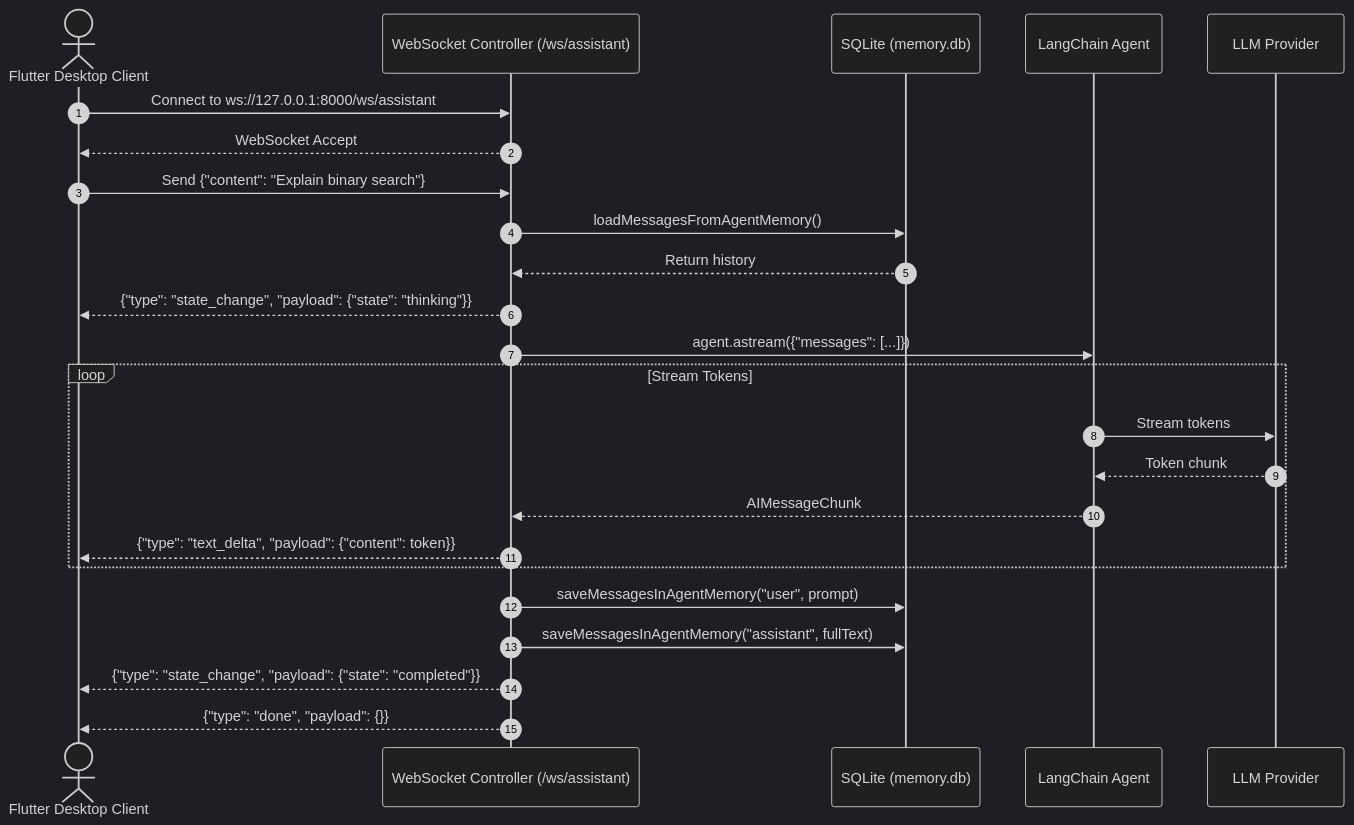
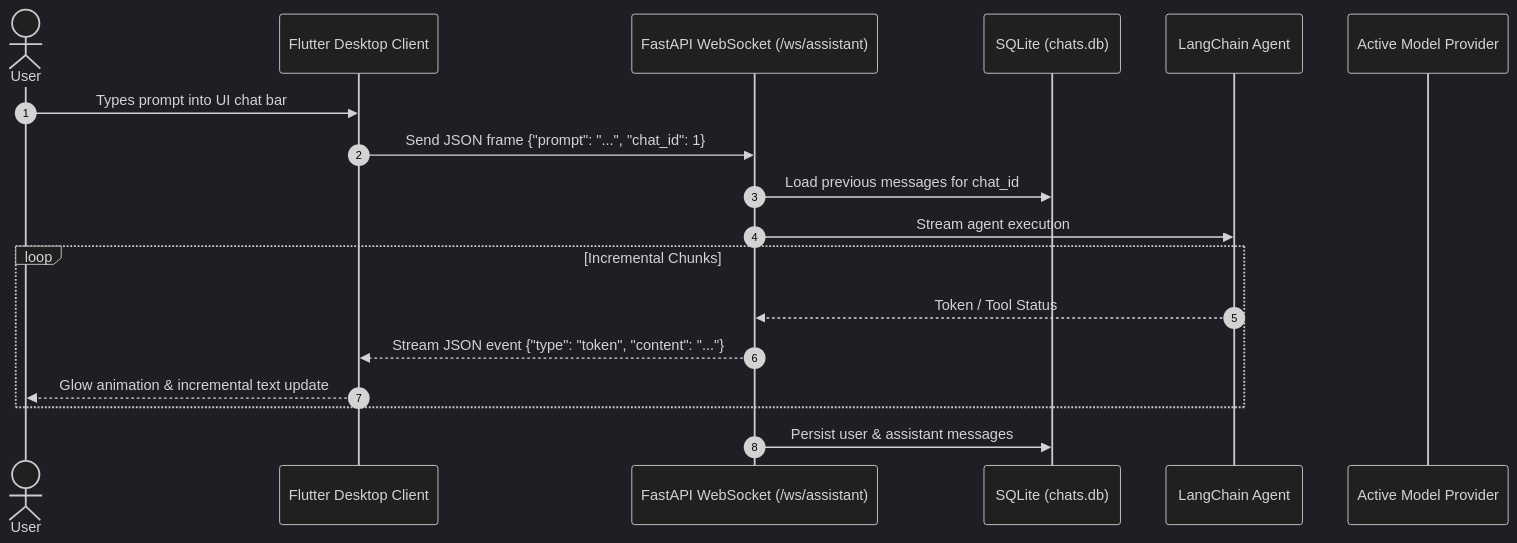
The third of 3 diagrams in docs/architecture.md (AurionSoftwaresDev/Galaxy-AI-Agent), drawn with Mermaid (dark theme) before and after one commit. The commit also changed other lines of this file and 10 other files, not shown here.

````diff
--- a/docs/architecture.md
+++ b/docs/architecture.md
@@ -122,27 +122,21 @@
 ```mermaid
 sequenceDiagram
     autonumber
-    actor Client as Flutter Desktop Client
-    participant WS as WebSocket Controller (/ws/assistant)
-    participant Mem as SQLite (memory.db)
+    actor User
+    participant Flutter as Flutter Desktop Client
+    participant Server as FastAPI WebSocket (/ws/assistant)
+    participant ChatDB as SQLite (chats.db)
     participant Agent as LangChain Agent
-    participant LLM as LLM Provider
+    participant LLM as Active Model Provider
 
-    Client->>WS: Connect to ws://127.0.0.1:8000/ws/assistant
-    WS-->>Client: WebSocket Accept
-    Client->>WS: Send {"content": "Explain binary search"}
-    WS->>Mem: loadMessagesFromAgentMemory()
-    Mem-->>WS: Return history
-    WS-->>Client: {"type": "state_change", "payload": {"state": "thinking"}}
-    WS->>Agent: agent.astream({"messages": [...]})
-    loop Stream Tokens
-        Agent->>LLM: Stream tokens
-        LLM-->>Agent: Token chunk
-        Agent-->>WS: AIMessageChunk
-        WS-->>Client: {"type": "text_delta", "payload": {"content": token}}
+    User->>Flutter: Types prompt into UI chat bar
+    Flutter->>Server: Send JSON frame {"prompt": "...", "chat_id": 1}
+    Server->>ChatDB: Load previous messages for chat_id
+    Server->>Agent: Stream agent execution
+    loop Incremental Chunks
+        Agent-->>Server: Token / Tool Status
+        Server-->>Flutter: Stream JSON event {"type": "token", "content": "..."}
+        Flutter-->>User: Glow animation & incremental text update
     end
-    WS->>Mem: saveMessagesInAgentMemory("user", prompt)
-    WS->>Mem: saveMessagesInAgentMemory("assistant", fullText)
-    WS-->>Client: {"type": "state_change", "payload": {"state": "completed"}}
-    WS-->>Client: {"type": "done", "payload": {}}
+    Server->>ChatDB: Persist user & assistant messages
 ```
````
